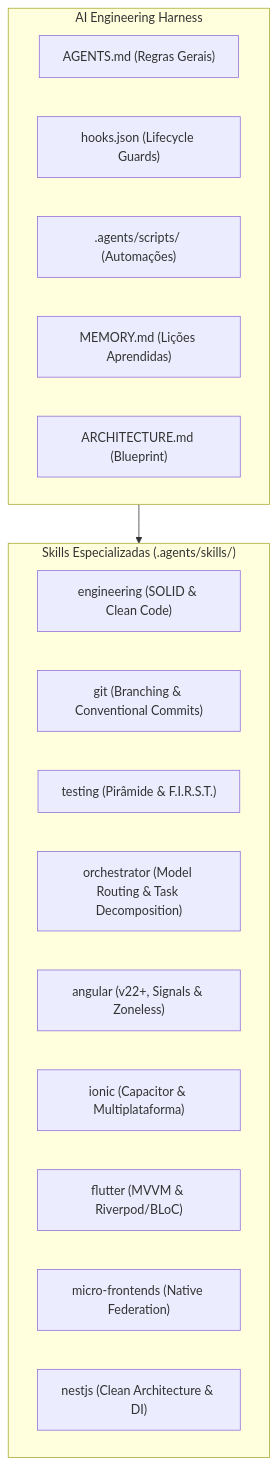
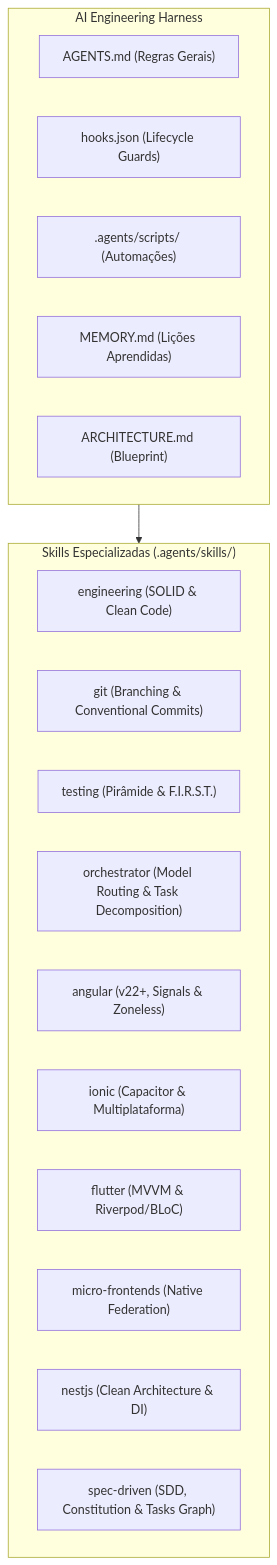
The diagram in ARCHITECTURE.md (andershow09/AI-Engineering), drawn with Mermaid before and after one commit. The commit also changed other lines of this file and 15 other files, not shown here.

Commit message:
feat(sdd): adiciona agente spec-driven-expert e skill de Spec-Driven Development refinada pelo modelo valor-real/specs

````diff
--- a/ARCHITECTURE.md
+++ b/ARCHITECTURE.md
@@ -11,24 +11,25 @@
 ```mermaid
 flowchart TD
     subgraph Harness ["AI Engineering Harness"]
         AG["AGENTS.md (Regras Gerais)"]
         HK["hooks.json (Lifecycle Guards)"]
         SC[".agents/scripts/ (Automações)"]
         MEM["MEMORY.md (Lições Aprendidas)"]
         ARCH["ARCHITECTURE.md (Blueprint)"]
     end
 
     subgraph Skills ["Skills Especializadas (.agents/skills/)"]
         ENG["engineering (SOLID & Clean Code)"]
         GIT["git (Branching & Conventional Commits)"]
         TST["testing (Pirâmide & F.I.R.S.T.)"]
         ORC["orchestrator (Model Routing & Task Decomposition)"]
         ANG["angular (v22+, Signals & Zoneless)"]
         ION["ionic (Capacitor & Multiplataforma)"]
         FLU["flutter (MVVM & Riverpod/BLoC)"]
         MFE["micro-frontends (Native Federation)"]
         NEST["nestjs (Clean Architecture & DI)"]
+        SPEC["spec-driven (SDD, Constitution & Tasks Graph)"]
     end
 
     Harness --> Skills
 ```
````
